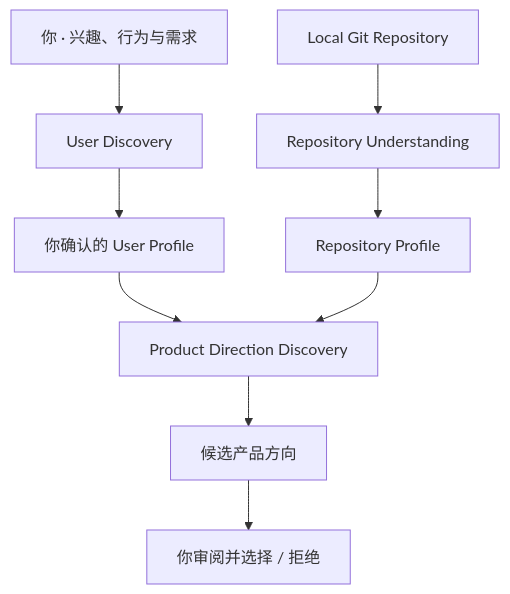
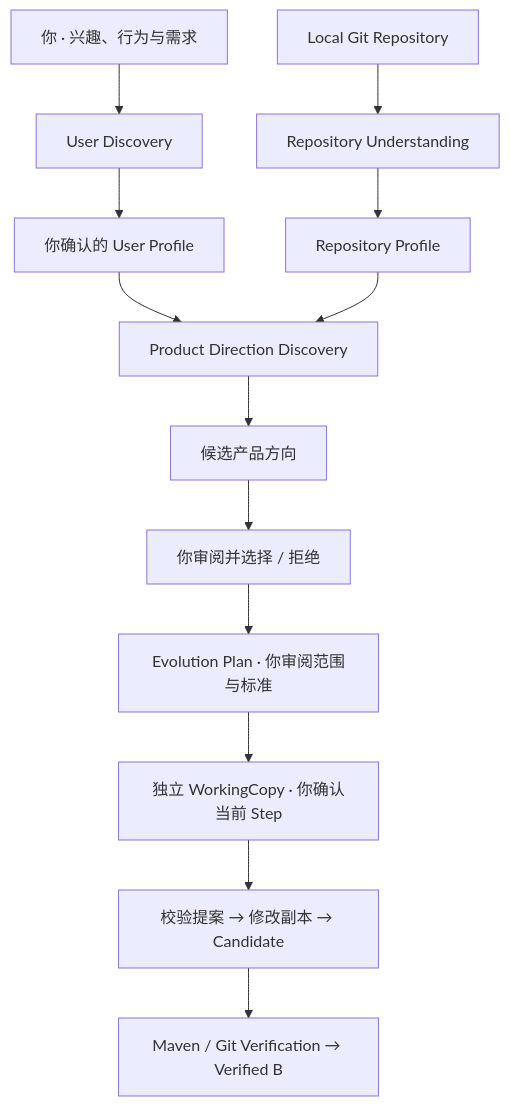
One commit to ayywl288/DelveForge changed the diagram in README.md. Above: the diagram before and after it, drawn with Mermaid. The commit also changed other lines of this file and 5 other files, not shown here.

````diff
--- a/README.md
+++ b/README.md
@@ -46,11 +49,15 @@
 ```mermaid
 flowchart TD
     U["你 · 兴趣、行为与需求"] --> UD["User Discovery"]
     UD --> UP["你确认的 User Profile"]
     R["Local Git Repository"] --> RU["Repository Understanding"]
     RU --> RP["Repository Profile"]
     UP --> D["Product Direction Discovery"]
     RP --> D
     D --> C["候选产品方向"]
     C --> S["你审阅并选择 / 拒绝"]
+    S --> P["Evolution Plan · 你审阅范围与标准"]
+    P --> W["独立 WorkingCopy · 你确认当前 Step"]
+    W --> E["校验提案 → 修改副本 → Candidate"]
+    E --> V["Maven / Git Verification → Verified B"]
 ```
````
